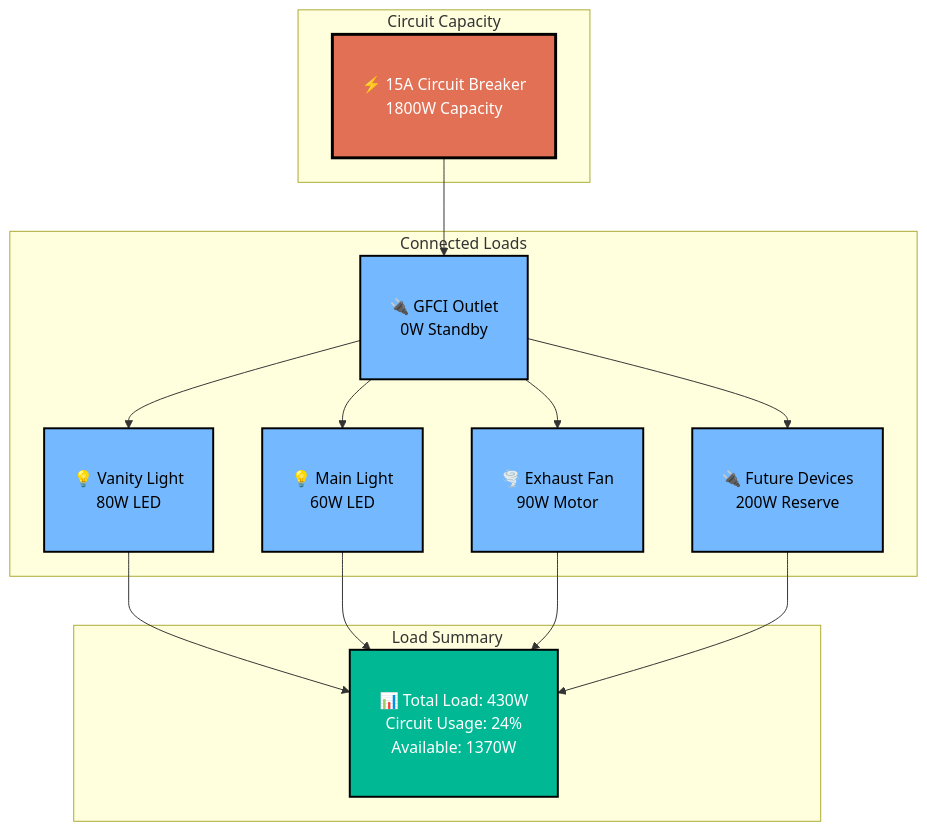
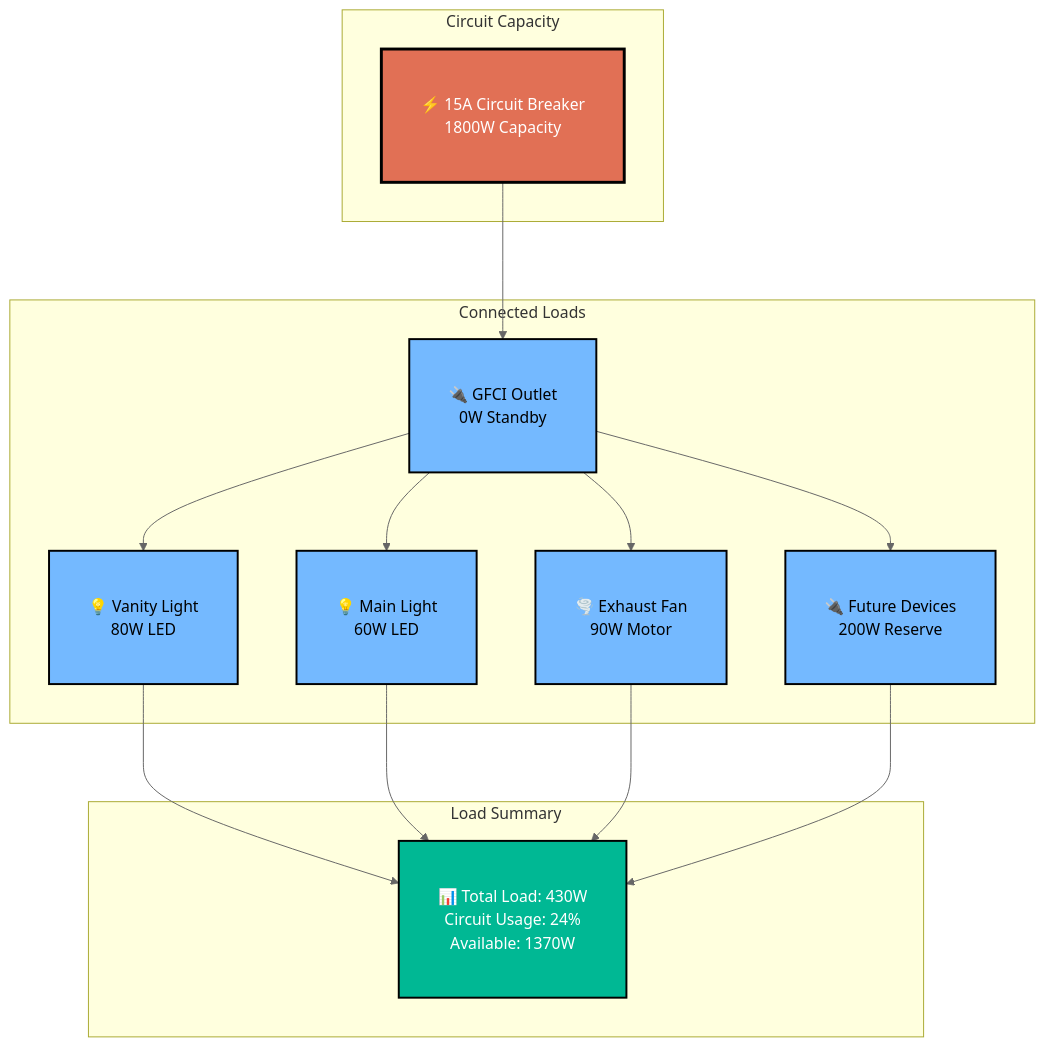
The sixth of 8 diagrams in diagrams/mermaid-wiring-diagram.md (ticklemycode/electrical-wiring), drawn with Mermaid before and after one commit. The commit also changed other lines of this file, not shown here.

````diff
--- a/diagrams/mermaid-wiring-diagram.md
+++ b/diagrams/mermaid-wiring-diagram.md
@@ -277,37 +281,38 @@
 ```mermaid
+%%{init: {'theme':'default', 'flowchart': {'nodeSpacing': 60, 'rankSpacing': 80, 'padding': 20}, 'themeVariables': {'primaryColor': '#ffffff', 'primaryTextColor': '#000000', 'primaryBorderColor': '#000000', 'lineColor': '#666666', 'sectionBkgColor': '#ffffff', 'altSectionBkgColor': '#f9f9f9', 'gridColor': '#cccccc', 'c0': '#ffffff', 'c1': '#ffffff', 'c2': '#ffffff', 'c3': '#ffffff', 'c4': '#ffffff'}}}%%
 flowchart TD
     subgraph "Circuit Capacity"
         BREAKER[⚡ 15A Circuit Breaker<br/>1800W Capacity]
     end
     
     subgraph "Connected Loads"
         GFCI[🔌 GFCI Outlet<br/>0W Standby]
         VL[💡 Vanity Light<br/>80W LED]
         ML[💡 Main Light<br/>60W LED]
         FAN[🌪️ Exhaust Fan<br/>90W Motor]
         FUTURE[🔌 Future Devices<br/>200W Reserve]
     end
     
     subgraph "Load Summary"
         TOTAL[📊 Total Load: 430W<br/>Circuit Usage: 24%<br/>Available: 1370W]
     end
     
     BREAKER --> GFCI
     GFCI --> VL
     GFCI --> ML
     GFCI --> FAN
     GFCI --> FUTURE
     
     VL --> TOTAL
     ML --> TOTAL
     FAN --> TOTAL
     FUTURE --> TOTAL
     
     classDef capacityStyle fill:#e17055,stroke:#000,stroke-width:3px,color:#fff,padding:15px
     classDef loadStyle fill:#74b9ff,stroke:#000,stroke-width:2px,color:#000,padding:15px
     classDef summaryStyle fill:#00b894,stroke:#000,stroke-width:2px,color:#fff,padding:15px
     
     class BREAKER capacityStyle
     class GFCI,VL,ML,FAN,FUTURE loadStyle
     class TOTAL summaryStyle
 ```
````
